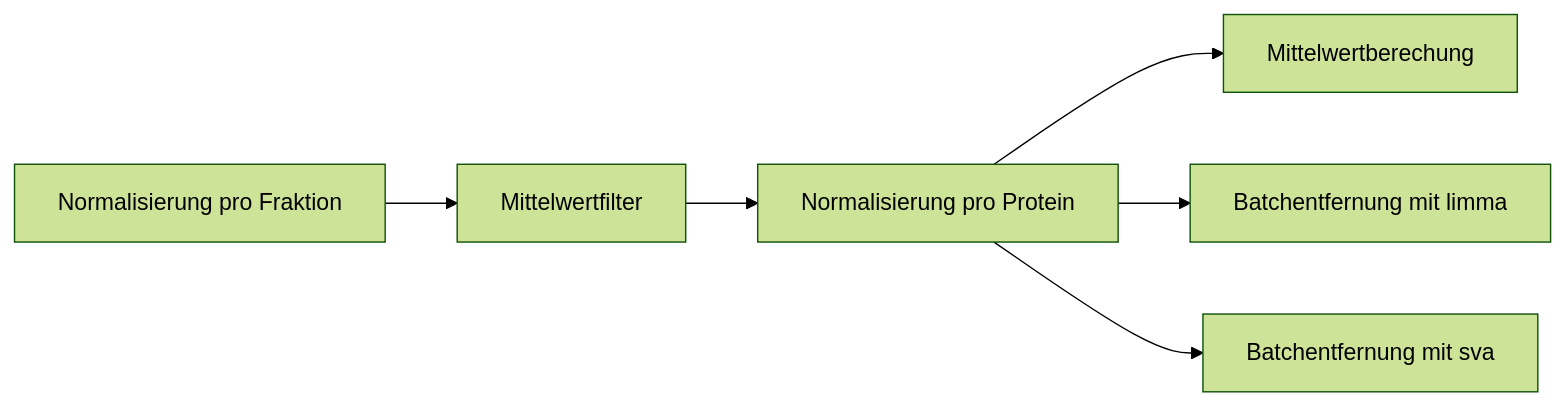
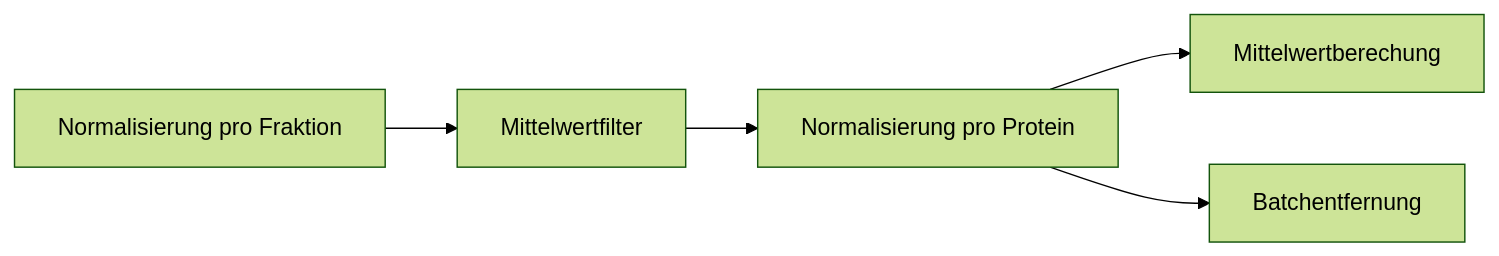
The second of 2 diagrams in README.md (MichelaPozzi/2025-topic-03-group-04), drawn with Mermaid (forest theme) before and after one commit.

````diff
--- a/README.md
+++ b/README.md
@@ -90,8 +90,7 @@
 ```mermaid
 flowchart LR
     A[Normalisierung pro Fraktion] --> B[Mittelwertfilter]
     B --> C[Normalisierung pro Protein]
     C --> D[Mittelwertberechung]
-    C --> E[Batchentfernung mit limma]
-    C --> F[Batchentfernung mit sva]
+    C --> E[Batchentfernung]
 ```
````
